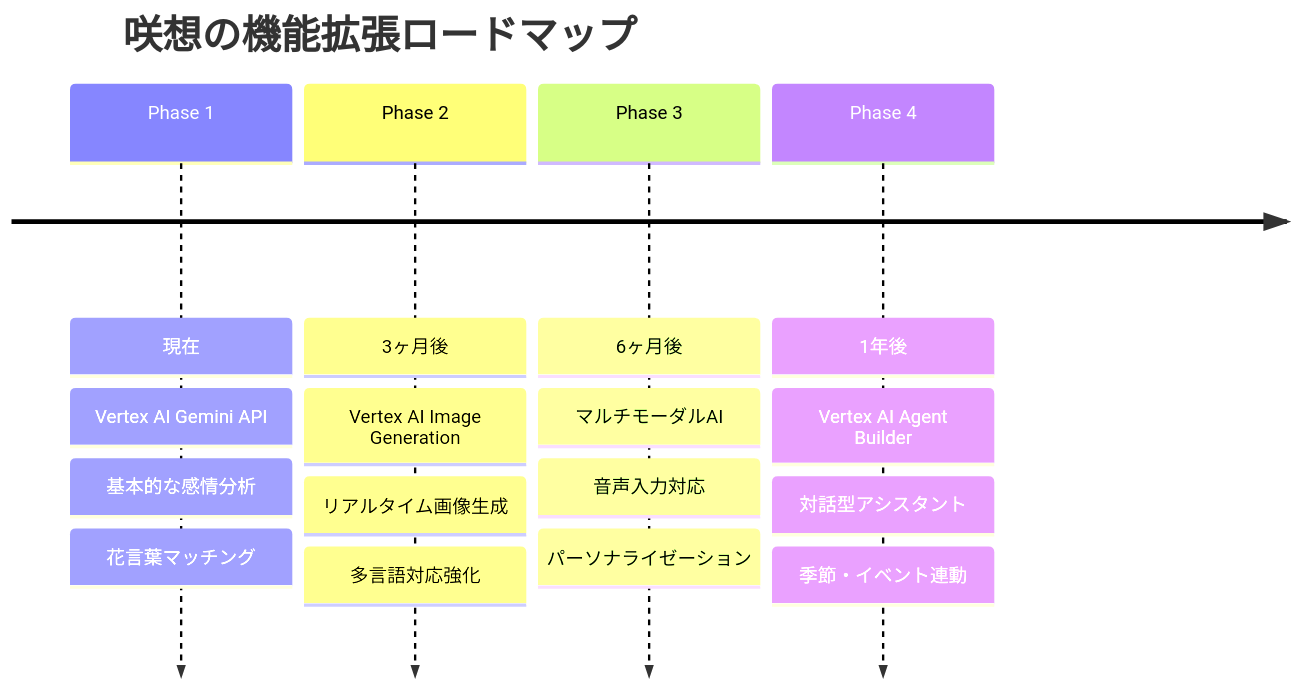
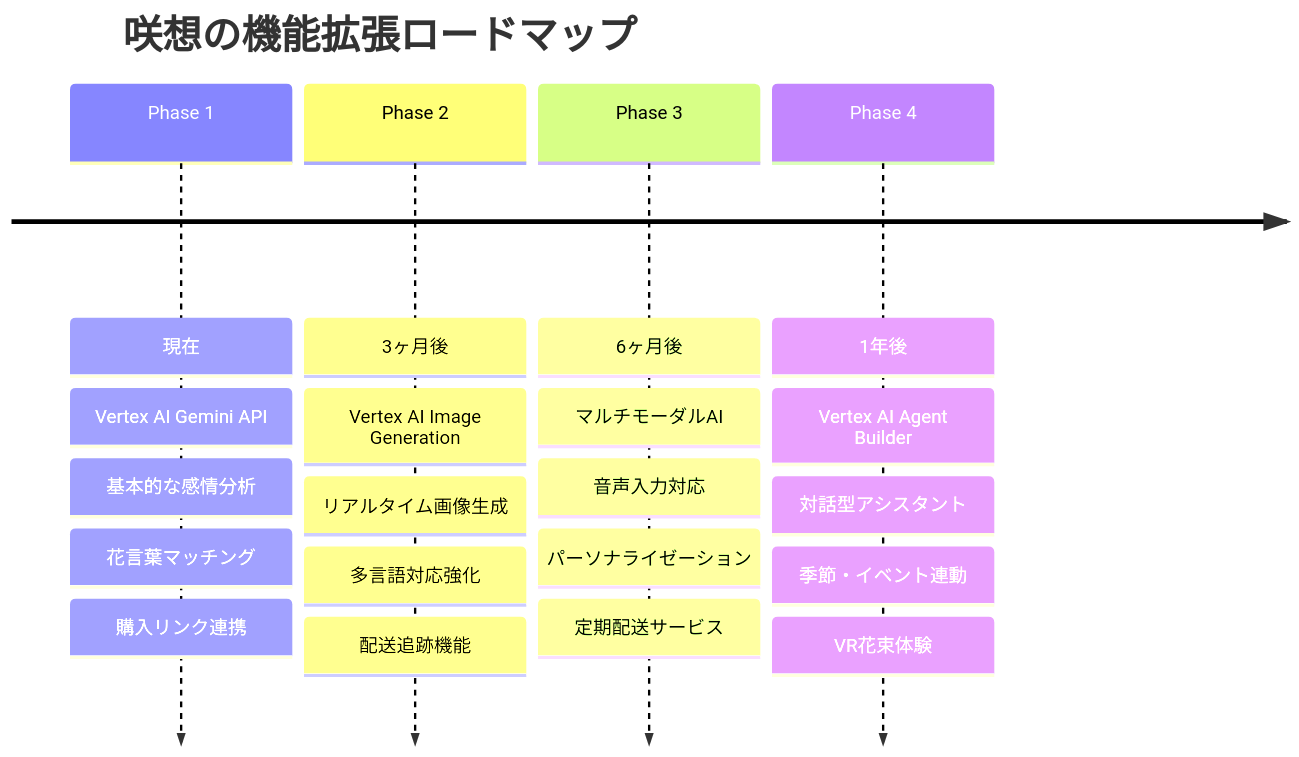
The ninth of 9 diagrams in docs/zenn-article-complete.md (wwlapaki310/sakisou), drawn with Mermaid before and after one commit. The commit also changed other lines of this file, not shown here.

````diff
--- a/docs/zenn-article-complete.md
+++ b/docs/zenn-article-complete.md
@@ -351,24 +469,28 @@
 ```mermaid
 timeline
     title 咲想の機能拡張ロードマップ
     
     Phase 1 : 現在
              : Vertex AI Gemini API
              : 基本的な感情分析
              : 花言葉マッチング
+             : 購入リンク連携
     
     Phase 2 : 3ヶ月後
              : Vertex AI Image Generation
              : リアルタイム画像生成
              : 多言語対応強化
+             : 配送追跡機能
     
     Phase 3 : 6ヶ月後
              : マルチモーダルAI
              : 音声入力対応
              : パーソナライゼーション
+             : 定期配送サービス
     
     Phase 4 : 1年後
              : Vertex AI Agent Builder
              : 対話型アシスタント
              : 季節・イベント連動
+             : VR花束体験
 ```
````
